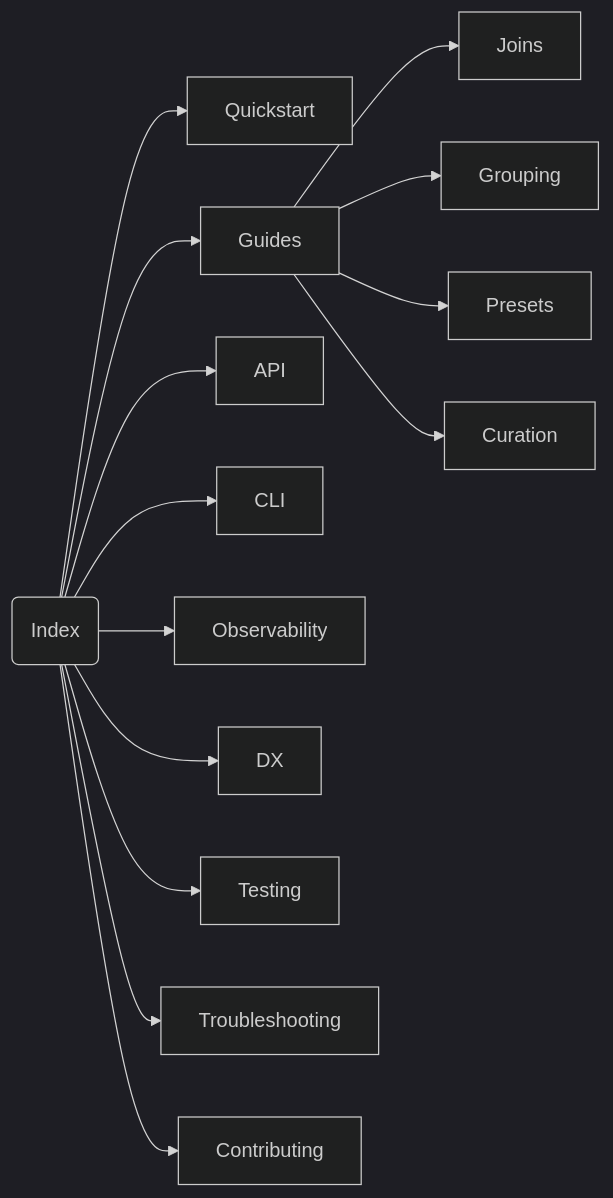
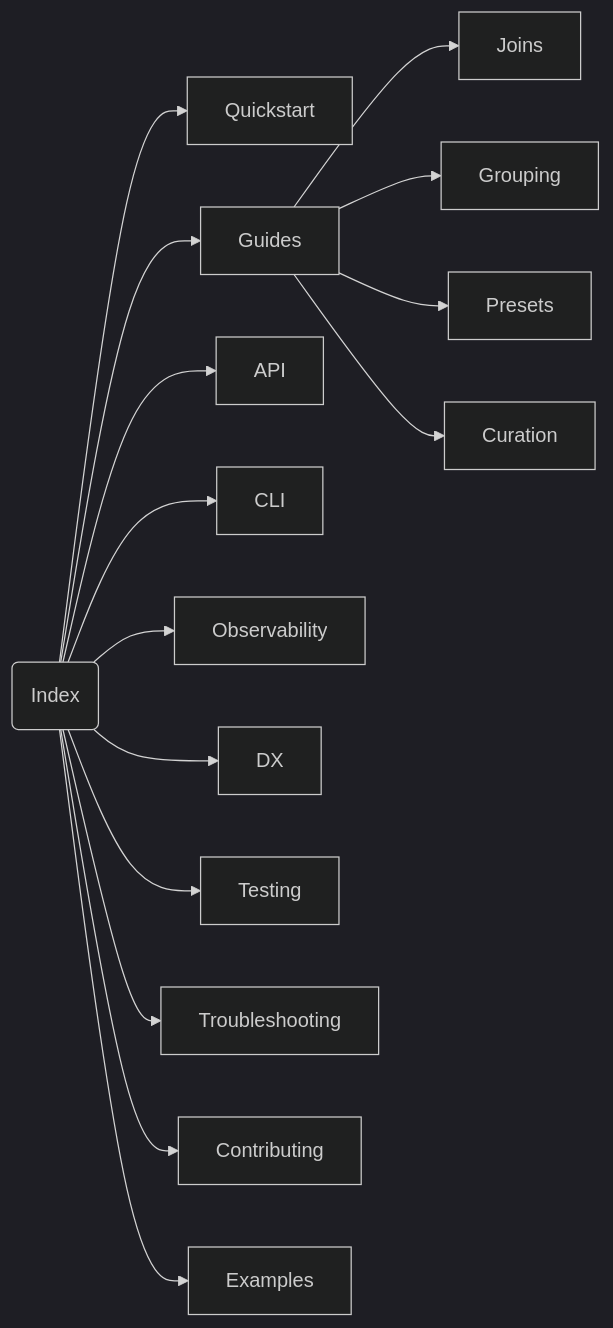
One commit to lstpsche/typesense-search-engine changed the diagram in docs/index.md. Above: the diagram before and after it, drawn with Mermaid (dark theme). The commit also changed other lines of this file and 55 other files, not shown here.

````diff
--- a/docs/index.md
+++ b/docs/index.md
@@ -5,17 +5,18 @@
 ```mermaid
 flowchart LR
   Index(Index) --> Quickstart
   Index --> Guides
   Index --> API
   Index --> CLI
   Index --> Observability
   Index --> DX
   Index --> Testing
   Index --> Troubleshooting
   Index --> Contributing
+  Index --> Examples
 
   Guides --> Joins
   Guides --> Grouping
   Guides --> Presets
   Guides --> Curation
 ```
````
